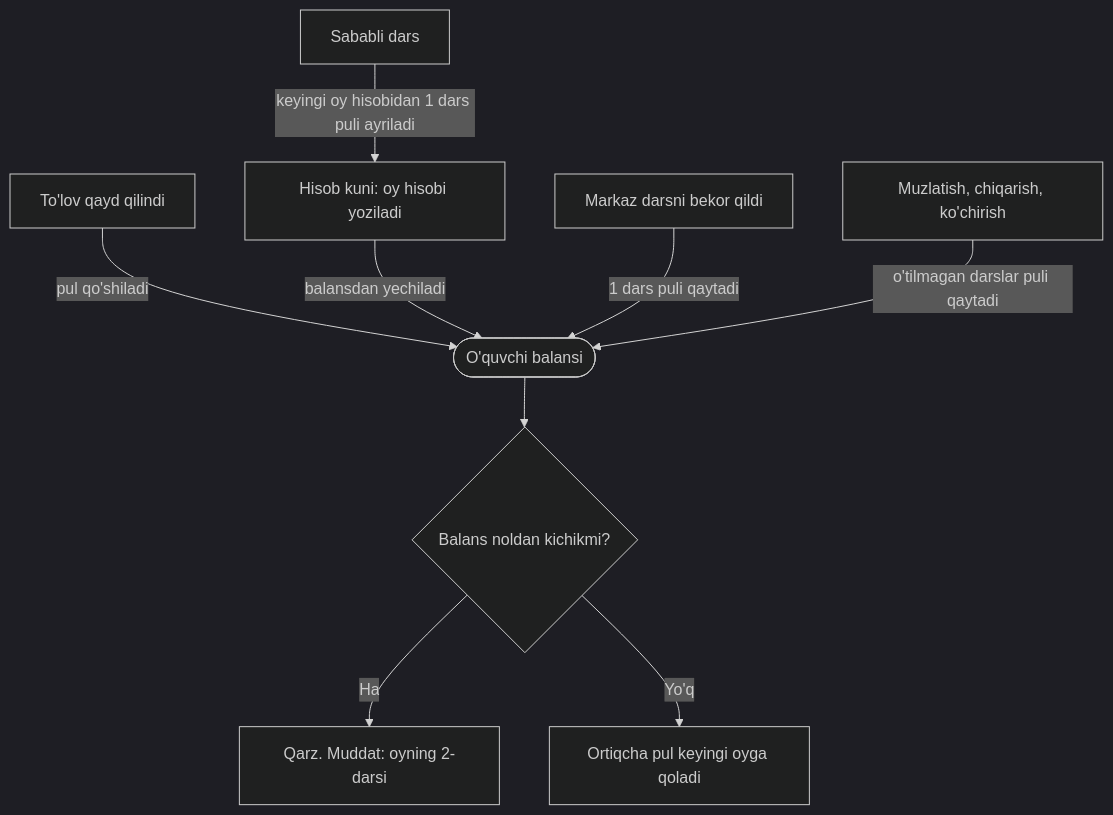
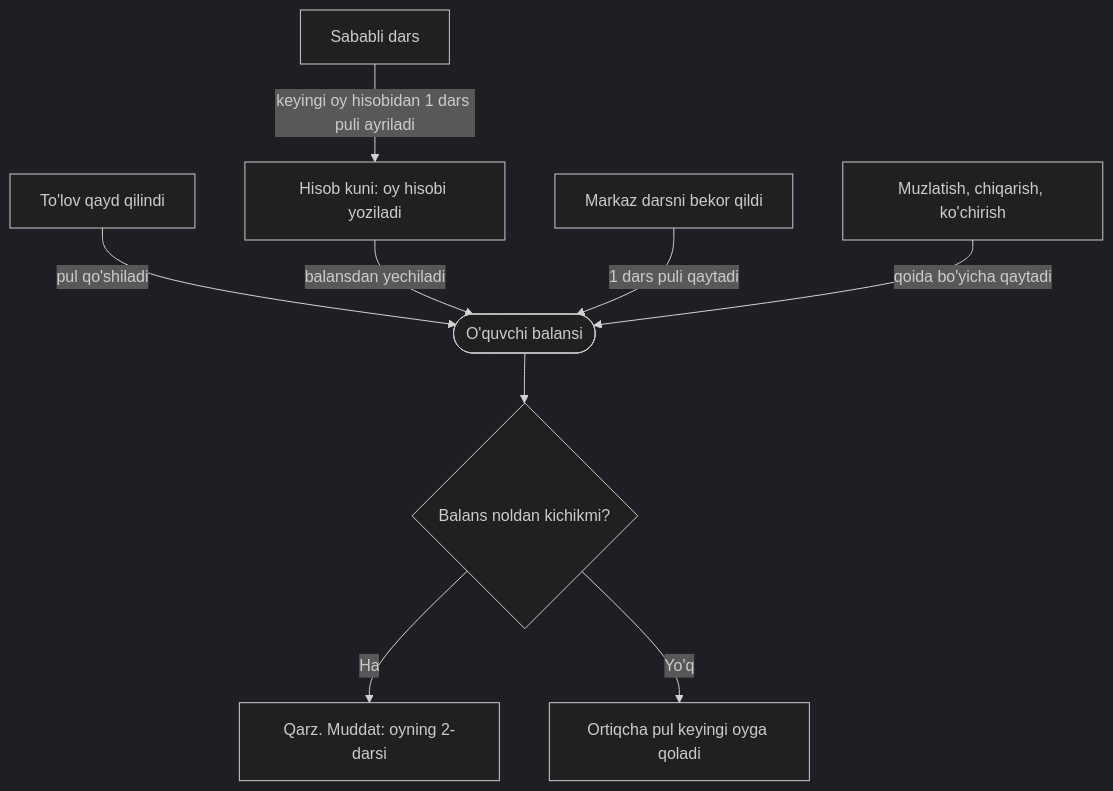
Before and after one commit to AkhrorSoliev/daf-erp-system: the diagram in client/src/qollanma/kontent/tolovlar/oylik-tolov.mdx, drawn with Mermaid (dark theme). The commit also changed other lines of this file and 10 other files, not shown here.

````diff
--- a/client/src/qollanma/kontent/tolovlar/oylik-tolov.mdx
+++ b/client/src/qollanma/kontent/tolovlar/oylik-tolov.mdx
@@ -23,11 +23,11 @@
 ```mermaid
 flowchart TD
   T["To'lov qayd qilindi"] -- "pul qo'shiladi" --> B(["O'quvchi balansi"])
   H["Hisob kuni: oy hisobi yoziladi"] -- "balansdan yechiladi" --> B
   D["Markaz darsni bekor qildi"] -- "1 dars puli qaytadi" --> B
-  M["Muzlatish, chiqarish, ko'chirish"] -- "o'tilmagan darslar puli qaytadi" --> B
+  M["Muzlatish, chiqarish, ko'chirish"] -- "qoida bo'yicha qaytadi" --> B
   S["Sababli dars"] -- "keyingi oy hisobidan 1 dars puli ayriladi" --> H
   B --> Q{"Balans noldan kichikmi?"}
   Q -- "Ha" --> Y["Qarz. Muddat: oyning 2-darsi"]
   Q -- "Yo'q" --> N["Ortiqcha pul keyingi oyga qoladi"]
 ```
````
